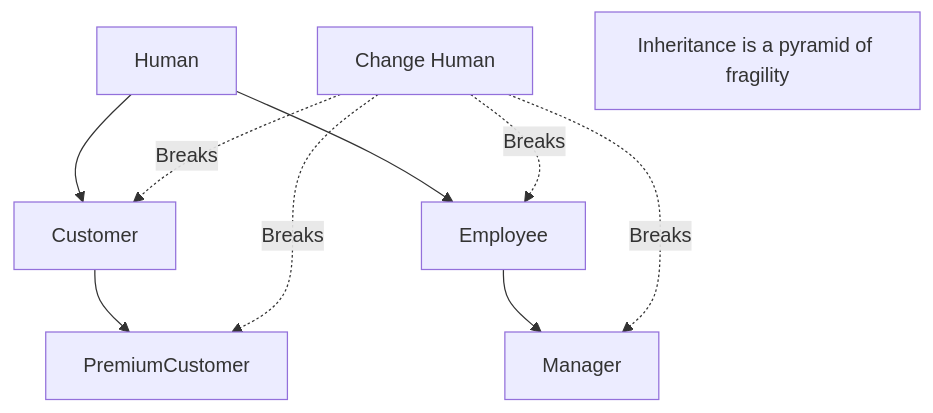
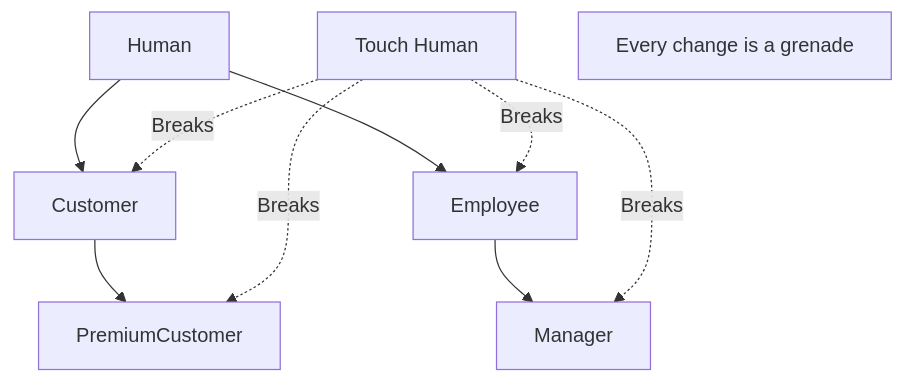
One commit to Almaju/blog changed the second of 3 diagrams in content/docs/fundamentals/3-structs.mdx. Above: the diagram before and after it, drawn with Mermaid. The commit also changed other lines of this file and 5 other files, not shown here.

````diff
--- a/content/docs/fundamentals/3-structs.mdx
+++ b/content/docs/fundamentals/3-structs.mdx
@@ -274,17 +159,17 @@
 ```mermaid
 graph TD
     A[Human] --> B[Customer]
     A --> C[Employee]
     B --> D[PremiumCustomer]
     C --> E[Manager]
-    
-    F[Change Human] -.->|Breaks| B
+
+    F[Touch Human] -.->|Breaks| B
     F -.->|Breaks| C
     F -.->|Breaks| D
     F -.->|Breaks| E
-    
-    G[Inheritance is a pyramid of fragility]
-    
+
+    G[Every change is a grenade]
+
     style F red
     style G red
 ```
````
